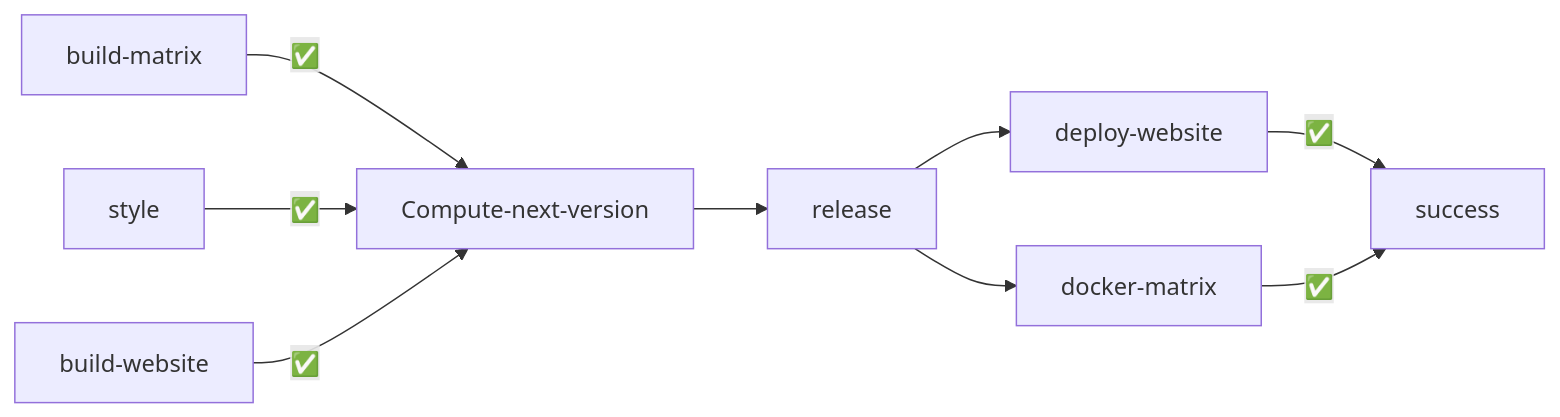
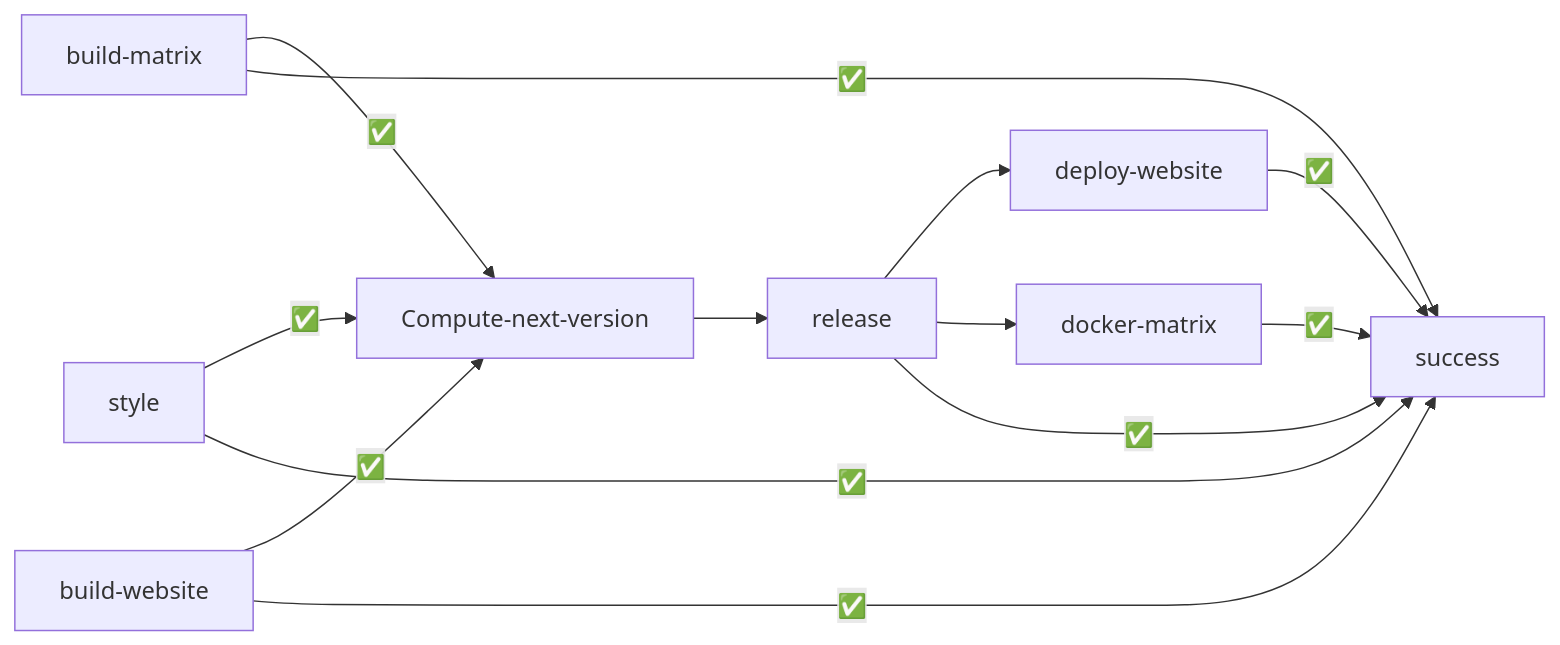
One commit to revue-org/revue changed the second of 2 diagrams in docs/website/docs/report/devops.md. Above: the diagram before and after it, drawn with Mermaid. The commit also changed other lines of this file, not shown here.

````diff
--- a/docs/website/docs/report/devops.md
+++ b/docs/website/docs/report/devops.md
@@ -120,7 +135,8 @@
 ```mermaid
 flowchart LR
     A[build-matrix] & B[style] & C[build-website] -- ✅--> F[Compute-next-version] --> G[release]
     G --> H[deploy-website]
     G --> I[docker-matrix]
     H & I -- ✅ --> J[success]
+    A & B & C & G -- ✅ --> J
 ```
````
